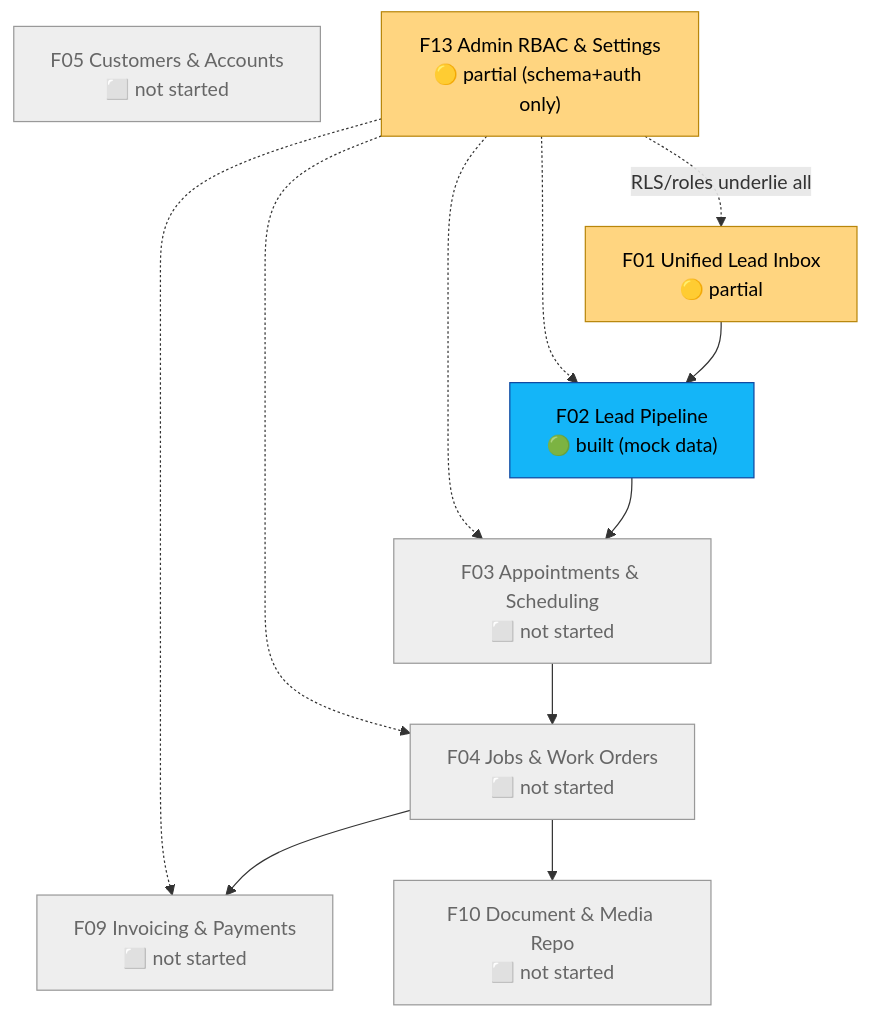
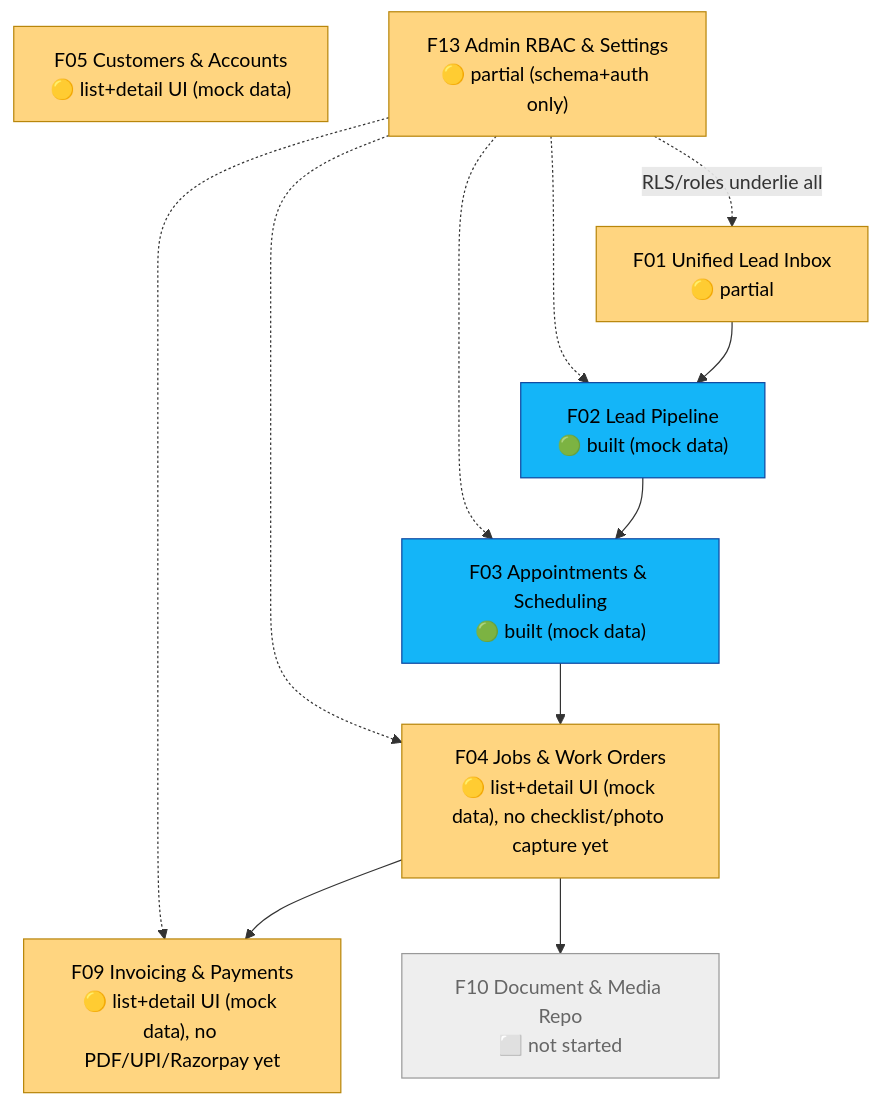
One commit to ameensyed397-ui/BREEZYOPS changed the first of 3 diagrams in Breezyops-Vault/08-Project-Memory/Build-Status.md. Above: the diagram before and after it, drawn with Mermaid. The commit also changed other lines of this file and 3 other files, not shown here.

````diff
--- a/Breezyops-Vault/08-Project-Memory/Build-Status.md
+++ b/Breezyops-Vault/08-Project-Memory/Build-Status.md
@@ -12,26 +12,26 @@
 ```mermaid
 flowchart TB
     F01["F01 Unified Lead Inbox\n🟡 partial"]
     F02["F02 Lead Pipeline\n🟢 built (mock data)"]
-    F03["F03 Appointments & Scheduling\n⬜ not started"]
-    F04["F04 Jobs & Work Orders\n⬜ not started"]
-    F05["F05 Customers & Accounts\n⬜ not started"]
-    F09["F09 Invoicing & Payments\n⬜ not started"]
+    F03["F03 Appointments & Scheduling\n🟢 built (mock data)"]
+    F04["F04 Jobs & Work Orders\n🟡 list+detail UI (mock data), no checklist/photo capture yet"]
+    F05["F05 Customers & Accounts\n🟡 list+detail UI (mock data)"]
+    F09["F09 Invoicing & Payments\n🟡 list+detail UI (mock data), no PDF/UPI/Razorpay yet"]
     F10["F10 Document & Media Repo\n⬜ not started"]
     F13["F13 Admin RBAC & Settings\n🟡 partial (schema+auth only)"]
 
     F01 --> F02 --> F03 --> F04 --> F09
     F04 --> F10
     F13 -.RLS/roles underlie all.-> F01
     F13 -.-> F02
     F13 -.-> F03
     F13 -.-> F04
     F13 -.-> F09
 
     classDef built fill:#14B5F8,color:#000,stroke:#0D47A1;
     classDef partial fill:#FFD580,color:#000,stroke:#B8860B;
     classDef todo fill:#eee,color:#666,stroke:#999;
-    class F02 built;
-    class F01,F13 partial;
-    class F03,F04,F05,F09,F10 todo;
+    class F02,F03 built;
+    class F01,F04,F05,F09,F13 partial;
+    class F10 todo;
 ```
````
